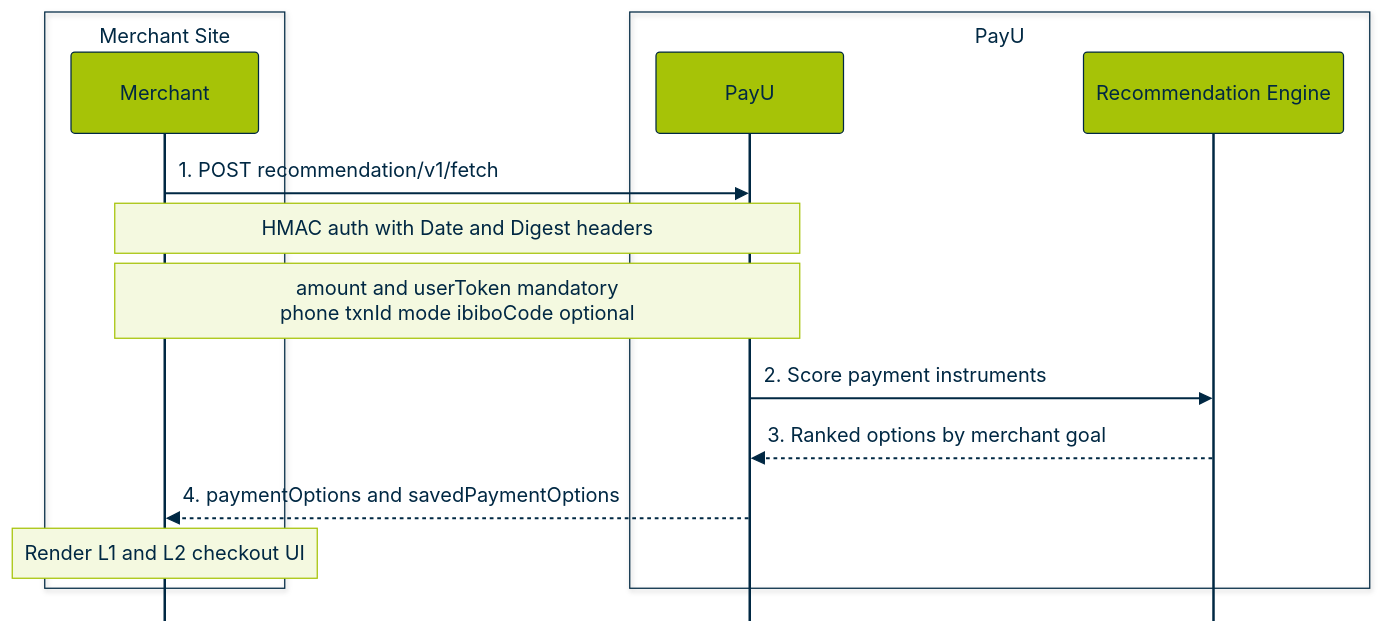
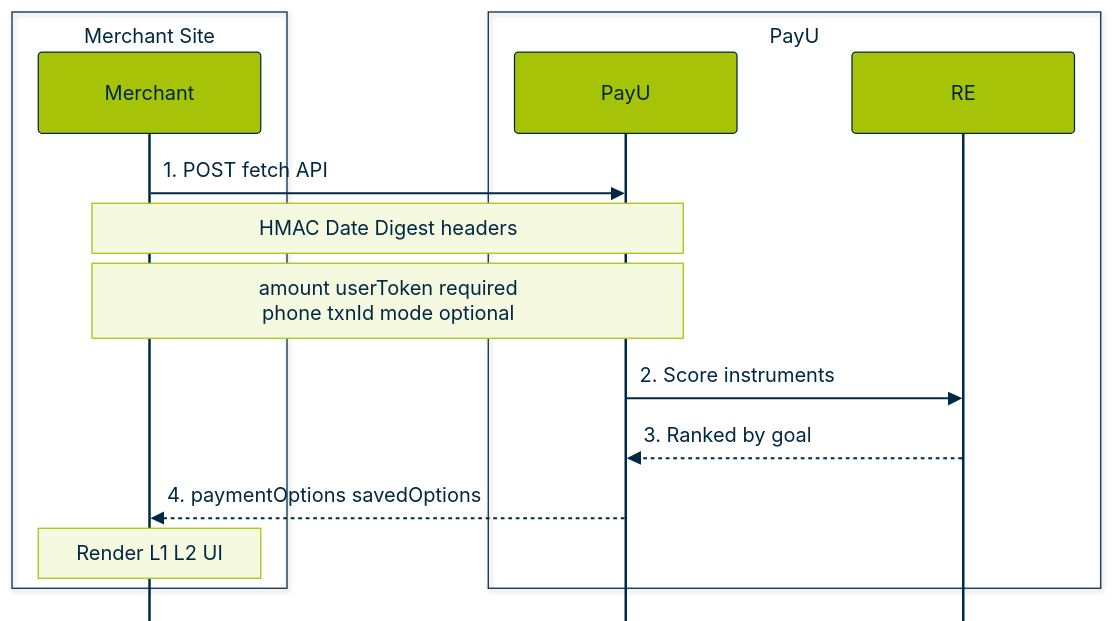
Diagram 14 of 17 in docs/RECYCLE BIN/internal-review-swimlane-diagrams.md (payu-india/CMS-Chatbot), drawn with Mermaid before and after one commit. The commit also changed other lines of this file, not shown here.

Commit message:
Update doc `internal-review-swimlane-diagrams`

````diff
--- a/docs/RECYCLE BIN/internal-review-swimlane-diagrams.md
+++ b/docs/RECYCLE BIN/internal-review-swimlane-diagrams.md
@@ -983,56 +990,56 @@
 ```mermaid
 %%{init: {
   "theme": "base",
   "sequence": {
     "mirrorActors": false,
     "rightAngles": true,
     "messageAlign": "left",
     "fontSize": 10,
     "actorFontSize": 10,
     "noteFontSize": 10,
-    "actorMargin": 80,
-    "width": 150,
+    "actorMargin": 92,
+    "width": 178,
     "boxMargin": 8,
     "messageMargin": 34,
-    "diagramMarginX": 45,
+    "diagramMarginX": 48,
     "diagramMarginY": 16
   },
   "themeVariables": {
     "fontFamily": "Arial, Helvetica, sans-serif",
     "fontSize": "10px",
     "background": "#FFFFFF",
     "primaryColor": "#A6C307",
     "primaryTextColor": "#002843",
     "primaryBorderColor": "#002843",
     "secondaryColor": "#F4F9E0",
     "lineColor": "#002843",
     "textColor": "#002843",
     "actorBkg": "#A6C307",
     "actorBorder": "#002843",
     "actorTextColor": "#002843",
     "signalColor": "#002843",
     "noteBkgColor": "#F4F9E0",
     "noteTextColor": "#002843",
     "noteBorderColor": "#A6C307"
   }
 }}%%
 sequenceDiagram
     box Merchant Site
         participant Merchant
     end
     box PayU
         participant PayU
-        participant RE as Recommendation Engine
+        participant RE as RE
     end
 
-    Merchant->>PayU: 1. POST recommendation/v1/fetch
-    Note over Merchant,PayU: HMAC auth with Date and Digest headers
+    Merchant->>PayU: 1. POST fetch API
+    Note over Merchant,PayU: HMAC Date Digest headers
 
-    Note over Merchant,PayU: amount and userToken mandatory<br/>phone txnId mode ibiboCode optional
+    Note over Merchant,PayU: amount userToken required<br/>phone txnId mode optional
 
-    PayU->>RE: 2. Score payment instruments
-    RE-->>PayU: 3. Ranked options by merchant goal
+    PayU->>RE: 2. Score instruments
+    RE-->>PayU: 3. Ranked by goal
 
-    PayU-->>Merchant: 4. paymentOptions and savedPaymentOptions
-    Note over Merchant: Render L1 and L2 checkout UI
+    PayU-->>Merchant: 4. paymentOptions savedOptions
+    Note over Merchant: Render L1 L2 UI
 ```
````
